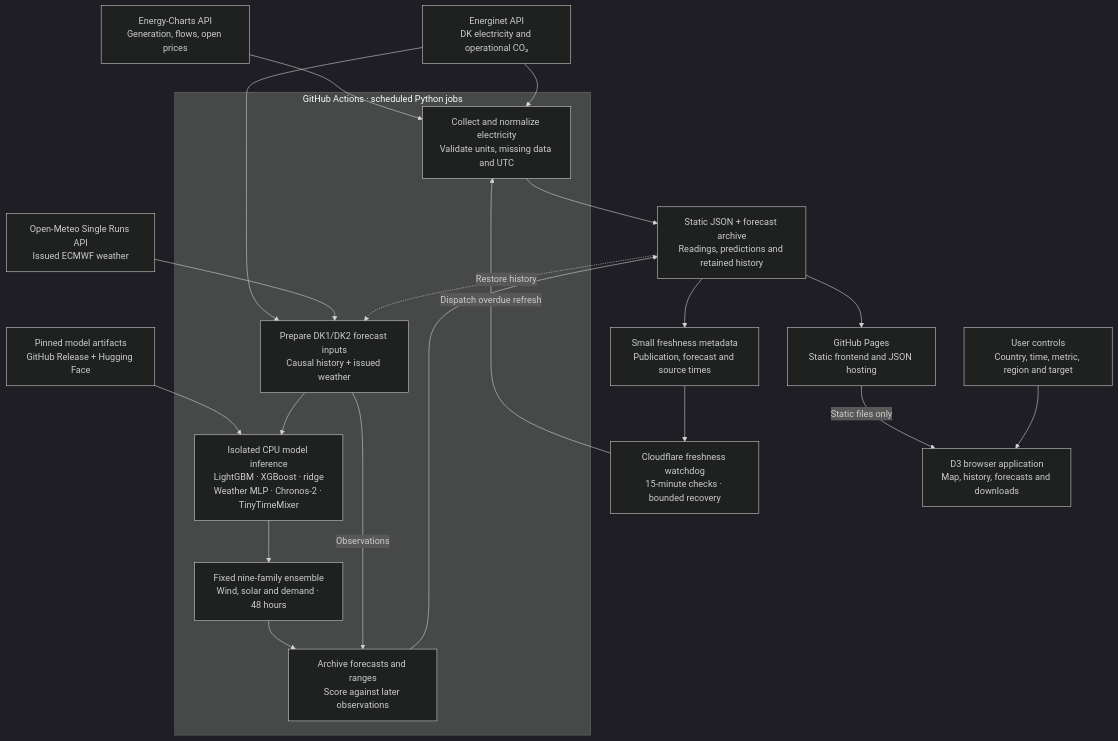
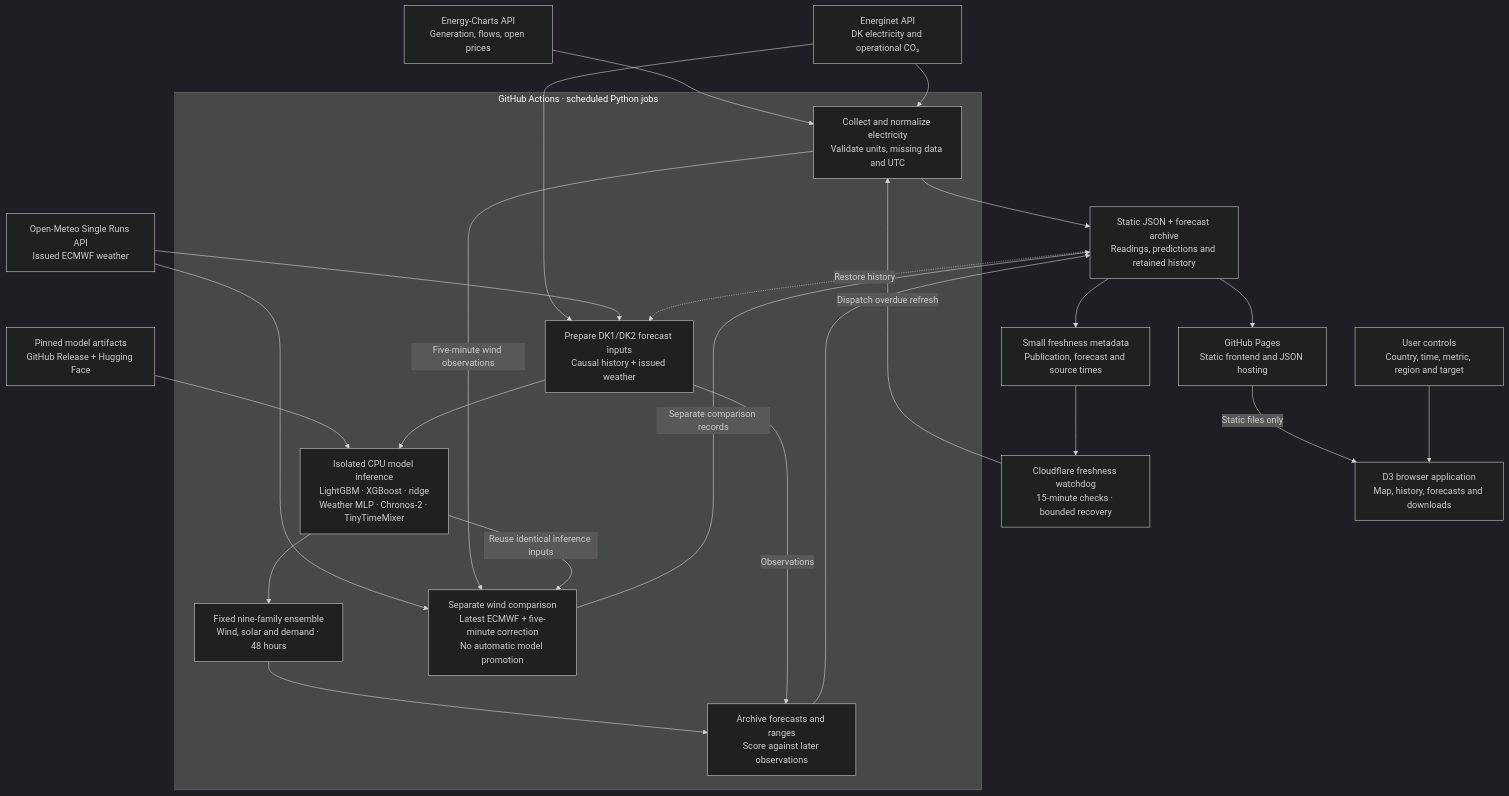
One commit to HuayuanSong/open-current changed the diagram in README.md. Above: the diagram before and after it, drawn with Mermaid (dark theme). The commit also changed other lines of this file and 17 other files, not shown here.

Commit message:
Evaluate fresher wind inputs during regular refreshes and flag range undercoverage

````diff
--- a/README.md
+++ b/README.md
@@ -48,41 +48,46 @@
 ```mermaid
 flowchart TB
     energy["Energy-Charts API<br/>Generation, flows, open prices"]
     energinet["Energinet API<br/>DK electricity and operational CO₂"]
     weather["Open-Meteo Single Runs API<br/>Issued ECMWF weather"]
     weights["Pinned model artifacts<br/>GitHub Release + Hugging Face"]
     watchdog["Cloudflare freshness watchdog<br/>15-minute checks · bounded recovery"]
     health["Small freshness metadata<br/>Publication, forecast and source times"]
 
     subgraph actions["GitHub Actions · scheduled Python jobs"]
         collect["Collect and normalize electricity<br/>Validate units, missing data and UTC"]
         inputs["Prepare DK1/DK2 forecast inputs<br/>Causal history + issued weather"]
         models["Isolated CPU model inference<br/>LightGBM · XGBoost · ridge<br/>Weather MLP · Chronos-2 · TinyTimeMixer"]
         blend["Fixed nine-family ensemble<br/>Wind, solar and demand · 48 hours"]
         evaluate["Archive forecasts and ranges<br/>Score against later observations"]
+        windtest["Separate wind comparison<br/>Latest ECMWF + five-minute correction<br/>No automatic model promotion"]
     end
 
     archive["Static JSON + forecast archive<br/>Readings, predictions and retained history"]
     pages["GitHub Pages<br/>Static frontend and JSON hosting"]
     browser["D3 browser application<br/>Map, history, forecasts and downloads"]
     user["User controls<br/>Country, time, metric, region and target"]
 
     energy --> collect
     energinet --> collect
     energinet --> inputs
     weather --> inputs
     weights --> models
     inputs --> models
     models --> blend
     blend --> evaluate
     inputs -->|Observations| evaluate
     collect --> archive
     evaluate --> archive
+    weather --> windtest
+    collect -->|Five-minute wind observations| windtest
+    models -->|Reuse identical inference inputs| windtest
+    windtest -->|Separate comparison records| archive
     archive -.->|Restore history| inputs
     archive --> pages
     pages -->|Static files only| browser
     user --> browser
     archive --> health
     health --> watchdog
     watchdog -->|Dispatch overdue refresh| collect
 ```
````
